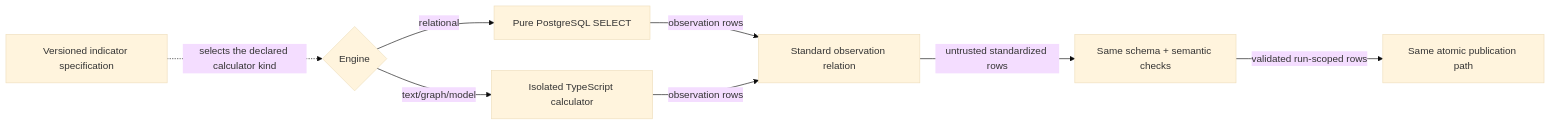
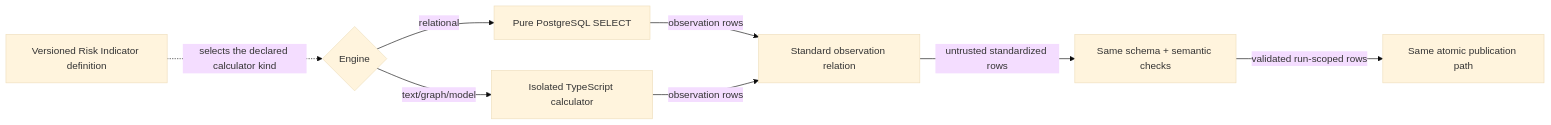
One commit to Viespirkiu-grupe/viespirkiai changed the fifth of 6 diagrams in docs/indicators-story/risk-indicators-public-page-and-maintenance.md. Above: the diagram before and after it, drawn with Mermaid (base theme). The commit also changed other lines of this file, not shown here.

````diff
--- a/docs/indicators-story/risk-indicators-public-page-and-maintenance.md
+++ b/docs/indicators-story/risk-indicators-public-page-and-maintenance.md
@@ -668,10 +776,10 @@
 ```mermaid
 flowchart LR
-    M[Versioned indicator specification] -.->|selects the declared calculator kind| E{Engine}
+    M[Versioned Risk Indicator definition] -.->|selects the declared calculator kind| E{Engine}
     E -->|relational| S[Pure PostgreSQL SELECT]
     E -->|text/graph/model| C[Isolated TypeScript calculator]
     S -->|observation rows| O[Standard observation relation]
     C -->|observation rows| O
     O -->|untrusted standardized rows| V[Same schema + semantic checks]
     V -->|validated run-scoped rows| P[Same atomic publication path]
 ```
````
